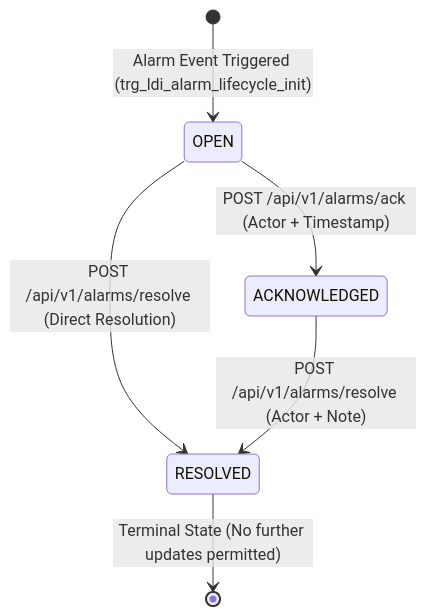
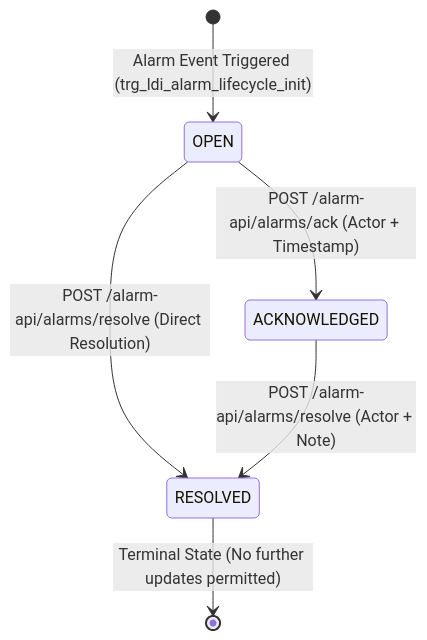
One commit to PATTANAKORN025/IMS changed the diagram in docs/architecture/ALARM_SEVERITY_GUIDE.md. Above: the diagram before and after it, drawn with Mermaid. The commit also changed other lines of this file and 46 other files, not shown here.

````diff
--- a/docs/architecture/ALARM_SEVERITY_GUIDE.md
+++ b/docs/architecture/ALARM_SEVERITY_GUIDE.md
@@ -50,8 +50,8 @@
 ```mermaid
 stateDiagram-v2
     [*] --> OPEN: Alarm Event Triggered (trg_ldi_alarm_lifecycle_init)
-    OPEN --> ACKNOWLEDGED: POST /api/v1/alarms/ack (Actor + Timestamp)
-    OPEN --> RESOLVED: POST /api/v1/alarms/resolve (Direct Resolution)
-    ACKNOWLEDGED --> RESOLVED: POST /api/v1/alarms/resolve (Actor + Note)
+    OPEN --> ACKNOWLEDGED: POST /alarm-api/alarms/ack (Actor + Timestamp)
+    OPEN --> RESOLVED: POST /alarm-api/alarms/resolve (Direct Resolution)
+    ACKNOWLEDGED --> RESOLVED: POST /alarm-api/alarms/resolve (Actor + Note)
     RESOLVED --> [*]: Terminal State (No further updates permitted)
 ```
````
